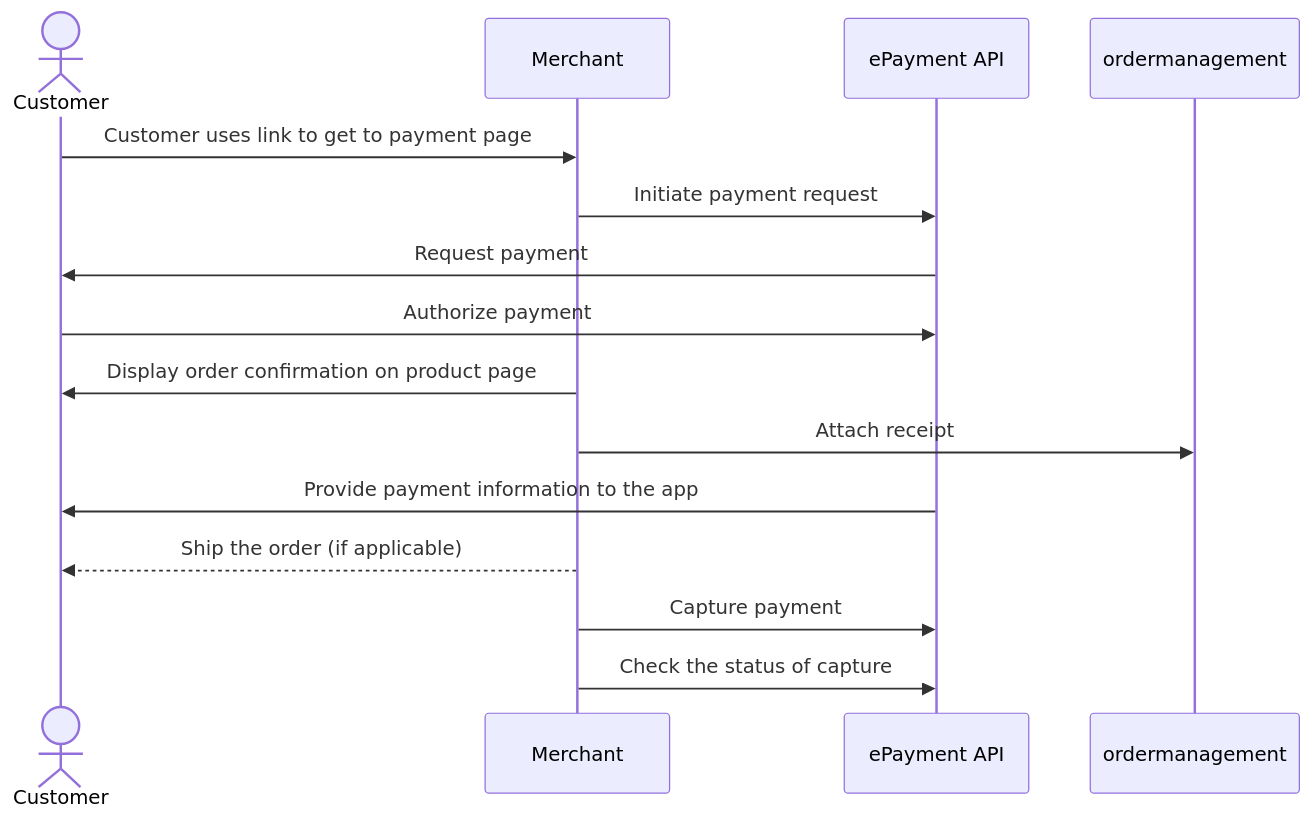
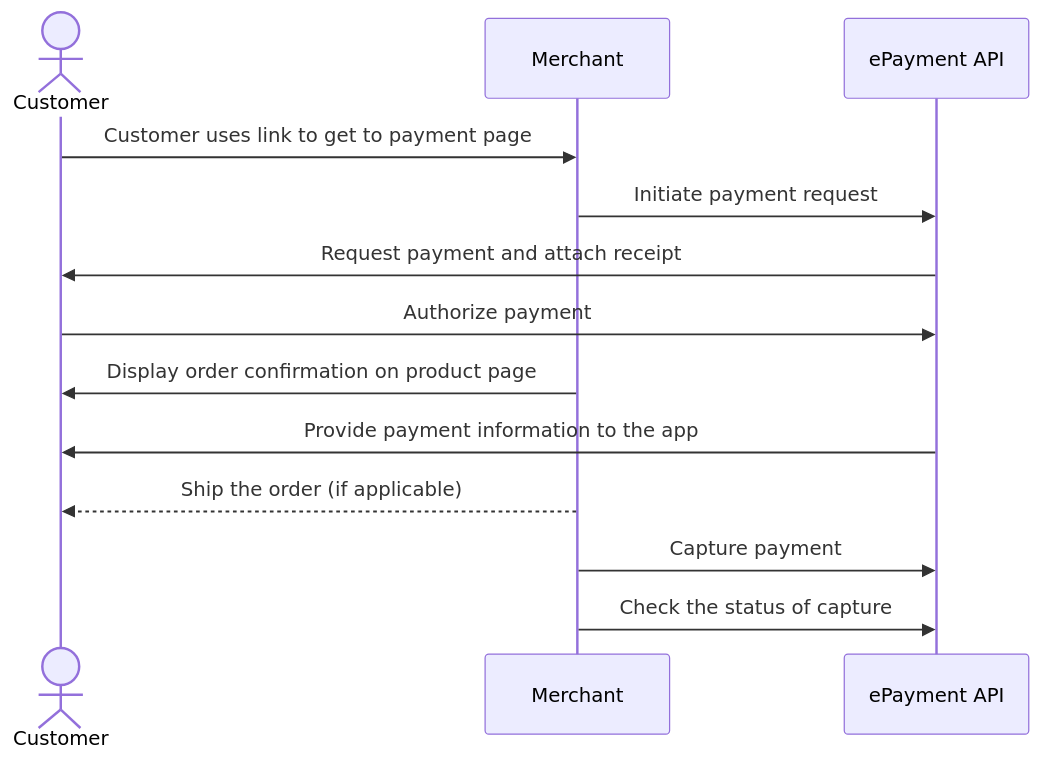
Before and after one commit to vippsas/vipps-solutions: the diagram in invoice-through-epayments/payment-sent-as-link.md, drawn with Mermaid. The commit also changed other lines of this file and 19 other files, not shown here.

Commit message:
Provide unique examples. Add receipt in payment request when possible.

````diff
--- a/invoice-through-epayments/payment-sent-as-link.md
+++ b/invoice-through-epayments/payment-sent-as-link.md
@@ -73,17 +131,16 @@
 ``` mermaid
 sequenceDiagram
     actor C as Customer
     participant M as Merchant
     participant ePayment as ePayment API
     
     C->>M: Customer uses link to get to payment page
     M->>ePayment: Initiate payment request
-    ePayment->>C: Request payment
+    ePayment->>C: Request payment and attach receipt
     C->>ePayment: Authorize payment
     M->>C: Display order confirmation on product page
-    M->> ordermanagement: Attach receipt
     ePayment->>C: Provide payment information to the app
     M-->>C: Ship the order (if applicable)
     M->>ePayment: Capture payment 
     M->>ePayment: Check the status of capture
 ```
````
